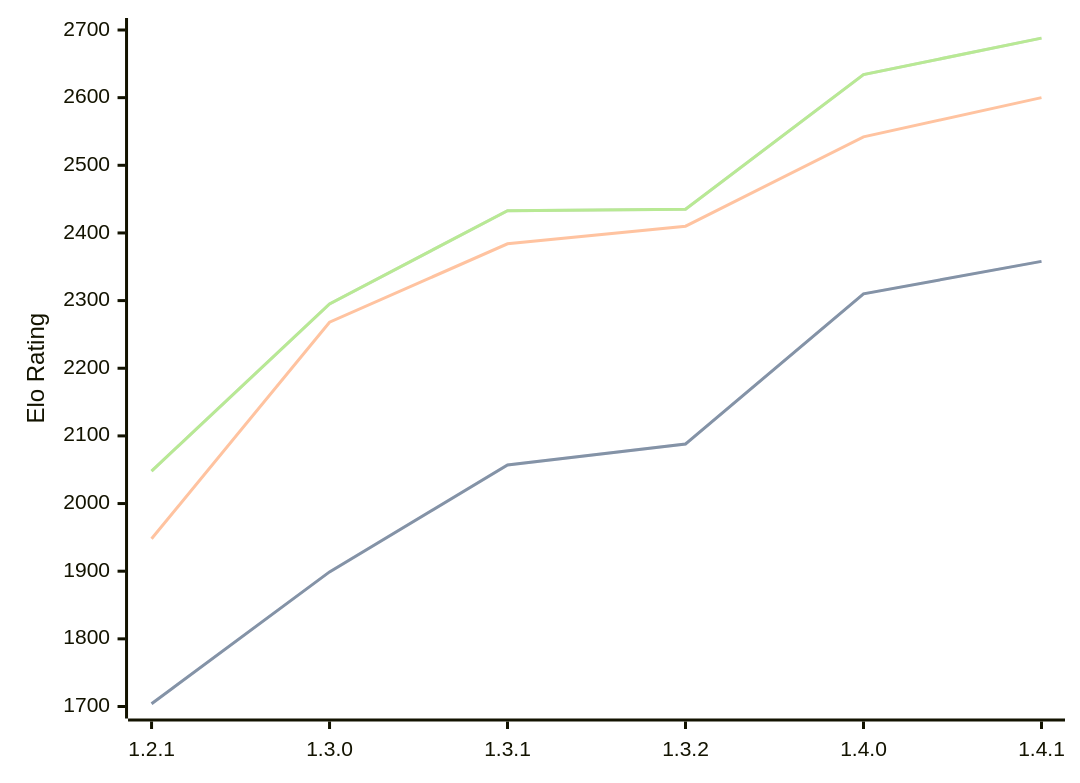
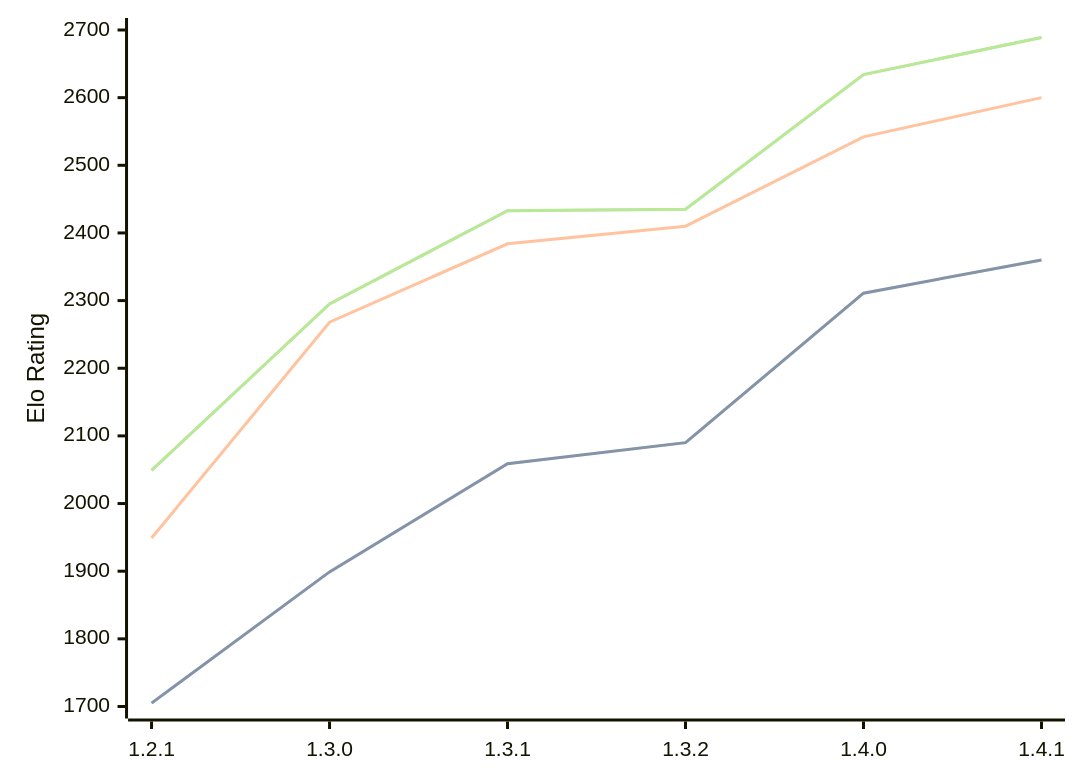
One commit to computer-chess-index/cci changed the diagram in engines/Chal.md. Above: the diagram before and after it, drawn with Mermaid. The commit also changed other lines of this file, not shown here.

Commit message:
Update CCI Ratings (ELO VLTC) - 2026-05-04

````diff
--- a/engines/Chal.md
+++ b/engines/Chal.md
@@ -39,11 +39,11 @@
 ```mermaid
 %%{init: {"theme":"base","themeVariables":{"seriesColors:['#a3a3a3','#222221','#faa371']}}}%%
 xychart-beta
   x-axis ["1.2.1", "1.3.0", "1.3.1", "1.3.2", "1.4.0", "1.4.1"]
   y-axis "Elo Rating" 1700 --> 2700
-  line "STC (8.0+0.08s)" [1704, 1899, 2057, 2088, 2310, 2358]
-  line "STC (8.0+0.08s)" [1704, 1899, 2057, 2088, 2310, 2358]
-  line "LTC (60.0+0.60s)" [1948, 2268, 2384, 2410, 2542, 2600]
-  line "VLTC (2m24s+1.12s)" [2048, 2295, 2433, 2435, 2634, 2688]
-  line "VLTC (2m24s+1.12s)" [2048, 2295, 2433, 2435, 2634, 2688]
+  line "STC (8.0+0.08s)" [1705, 1899, 2059, 2090, 2311, 2360]
+  line "STC (8.0+0.08s)" [1705, 1899, 2059, 2090, 2311, 2360]
+  line "LTC (60.0+0.60s)" [1949, 2268, 2384, 2410, 2542, 2600]
+  line "VLTC (2m24s+1.12s)" [2049, 2295, 2433, 2435, 2634, 2689]
+  line "VLTC (2m24s+1.12s)" [2049, 2295, 2433, 2435, 2634, 2689]
 ```
````
